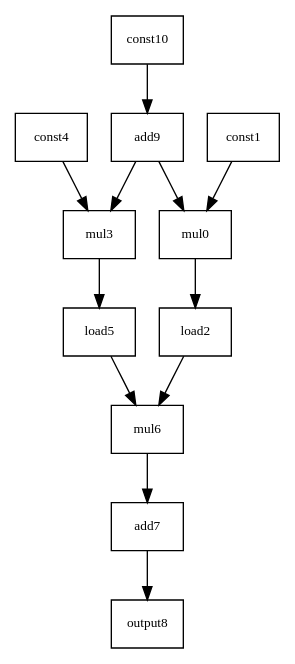
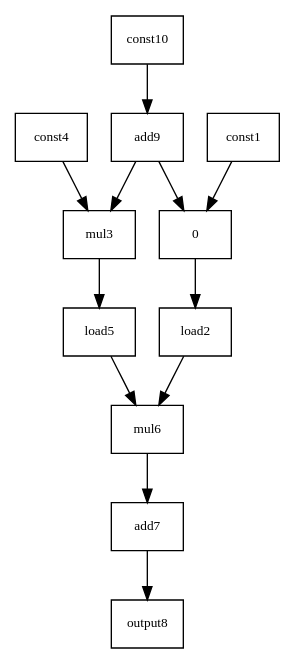
Before and after one commit to jeronimopenha/sa_verilog: the diagram in dot/mac.dot, drawn with Graphviz. The commit also changed 1 other file, not shown here.

```diff
--- a/dot/mac.dot
+++ b/dot/mac.dot
@@ -1,38 +1,38 @@
 digraph "G" {
     graph [
     fontsize = "10",
     fontname = "Verdana",
     compound = "true",
   ];
   edge [
     fontsize = "10",
     fontname = "Verdana",
   ];
   node [
     shape = "record",
     fontsize = "10",
     fontname = "Verdana",
   ];
-  "mul0";
+  "mul0" [label="0"];
   "const1";
   "load2";
   "mul3";
   "const4";
   "load5";
   "mul6";
   "add7";
   "output8";
   "add9";
   "const10";
   "load2" -> "mul6";
   "load5" -> "mul6";
   "mul6" -> "add7";
   "add7" -> "output8";
   "add9" -> "mul0";
   "add9" -> "mul3";
   "const1" -> "mul0";
   "mul0" -> "load2";
   "const4" -> "mul3";
   "mul3" -> "load5";
   "const10" -> "add9";
 }
```
